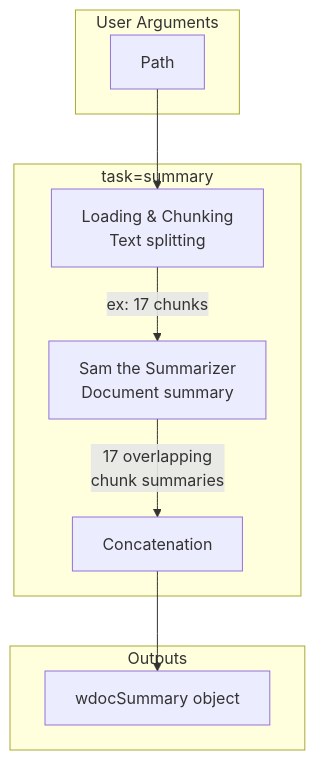
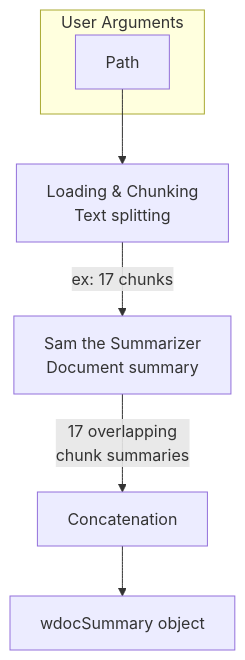
Before and after one commit to thiswillbeyourgithub/wdoc: the diagram in images/diagram_summary.mmd, drawn with Mermaid. The commit also changed 1 other file, not shown here.

Commit message:
refactor: Remove unnecessary subgraph boxes from query and summary diagrams

```diff
--- a/images/diagram_summary.mmd
+++ b/images/diagram_summary.mmd
@@ -1,20 +1,16 @@
 flowchart TD
     subgraph Inputs["User Arguments"]
         Path["Path"]
     end
 
     Chunker["Loading & Chunking<br/>Text splitting"]
 
     Path --> Chunker
 
-    subgraph Outputs["Outputs"]
-        SummaryOutput["wdocSummary object"]
-    end
+    SummaryOutput["wdocSummary object"]
 
-    subgraph SummaryTask["task=summary"]
-        Sam["Sam the Summarizer<br/>Document summary"]
-        Concatenation["Concatenation"]
-        Chunker -->|ex: 17 chunks| Sam
-        Sam -->|17 overlapping<br/>chunk summaries| Concatenation
-        Concatenation --> SummaryOutput
-    end
+    Sam["Sam the Summarizer<br/>Document summary"]
+    Concatenation["Concatenation"]
+    Chunker -->|ex: 17 chunks| Sam
+    Sam -->|17 overlapping<br/>chunk summaries| Concatenation
+    Concatenation --> SummaryOutput
```
